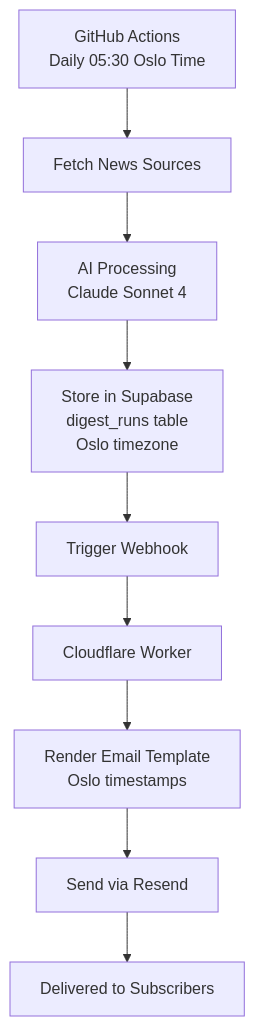
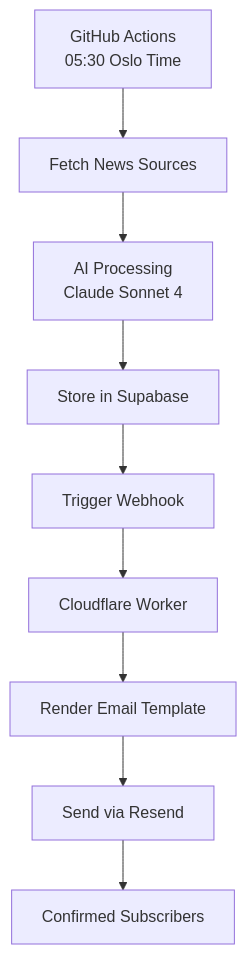
One commit to elzacka/budbringer changed the diagram in README.md. Above: the diagram before and after it, drawn with Mermaid. The commit also changed other lines of this file, not shown here.

````diff
--- a/README.md
+++ b/README.md
@@ -148,11 +111,11 @@
 ```mermaid
 graph TD
-    A[GitHub Actions<br/>Daily 05:30 Oslo Time] --> B[Fetch News Sources]
+    A[GitHub Actions<br/>05:30 Oslo Time] --> B[Fetch News Sources]
     B --> C[AI Processing<br/>Claude Sonnet 4]
-    C --> D[Store in Supabase<br/>digest_runs table<br/>Oslo timezone]
+    C --> D[Store in Supabase]
     D --> E[Trigger Webhook]
     E --> F[Cloudflare Worker]
-    F --> G[Render Email Template<br/>Oslo timestamps]
+    F --> G[Render Email Template]
     G --> H[Send via Resend]
-    H --> I[Delivered to Subscribers]
+    H --> I[Confirmed Subscribers]
 ```
````
